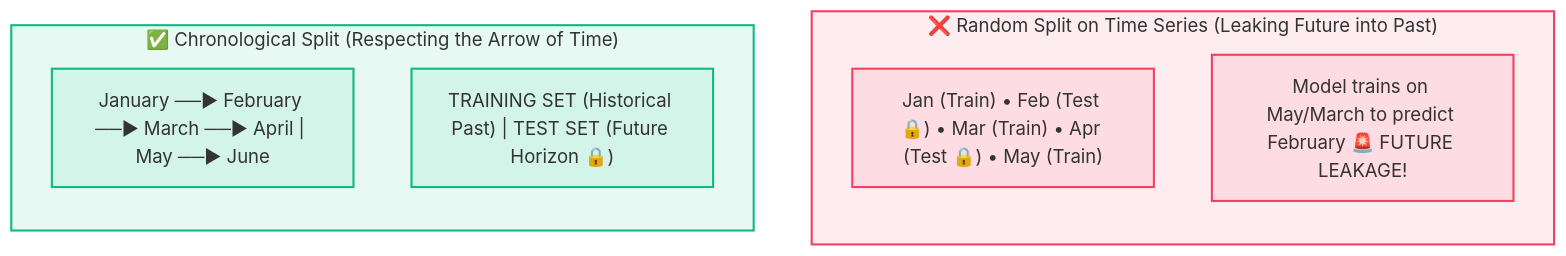
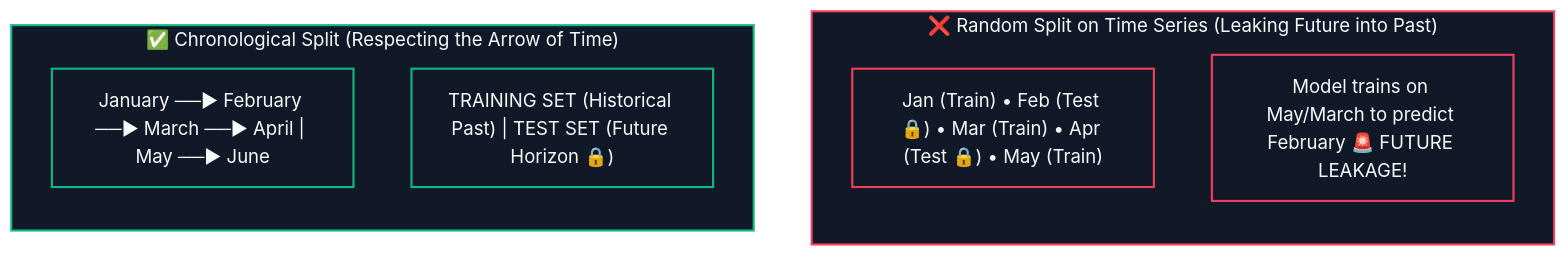
One commit to abhinavbharti2345/CS_Notes changed the sixth of 6 diagrams in CS/AI & ML/02. Data Preprocessing/01. Data Leakage.md. Above: the diagram before and after it, drawn with Mermaid. The commit also changed other lines of this file and 195 other files, not shown here.

````diff
--- a/CS/AI & ML/02. Data Preprocessing/01. Data Leakage.md
+++ b/CS/AI & ML/02. Data Preprocessing/01. Data Leakage.md
@@ -177,20 +182,21 @@
 ```mermaid
+%%{init: {'theme': 'base', 'themeVariables': { 'darkMode': true, 'background': '#0B0F14', 'mainBkg': '#111827', 'primaryColor': '#111827', 'primaryTextColor': '#F8FAFC', 'primaryBorderColor': '#38BDF8', 'lineColor': '#64748B', 'secondaryColor': '#0B0F14', 'tertiaryColor': '#0B0F14', 'clusterBkg': '#0B0F14', 'clusterBorder': '#38BDF8' }}}%%
 flowchart TD
     subgraph WrongSplit ["❌ Random Split on Time Series (Leaking Future into Past)"]
         direction TB
         W1["Jan (Train) • Feb (Test 🔒) • Mar (Train) • Apr (Test 🔒) • May (Train)"]
         W2["Model trains on May/March to predict February 🚨 FUTURE LEAKAGE!"]
     end
 
     subgraph CorrectSplit ["✅ Chronological Split (Respecting the Arrow of Time)"]
         direction TB
         C1["January ──► February ──► March ──► April | May ──► June"]
         C2["TRAINING SET (Historical Past) | TEST SET (Future Horizon 🔒)"]
     end
 
-    classDef wrong fill:#f43f5e18,stroke:#f43f5e,stroke-width:1.8px;
-    classDef correct fill:#10b98118,stroke:#10b981,stroke-width:1.8px;
+    classDef wrong fill:#111827,stroke:#f43f5e,stroke-width:1.8px,color:#F8FAFC;
+    classDef correct fill:#111827,stroke:#10b981,stroke-width:1.8px,color:#F8FAFC;
 
     class WrongSplit,W1,W2 wrong;
     class CorrectSplit,C1,C2 correct;
 ```
````
